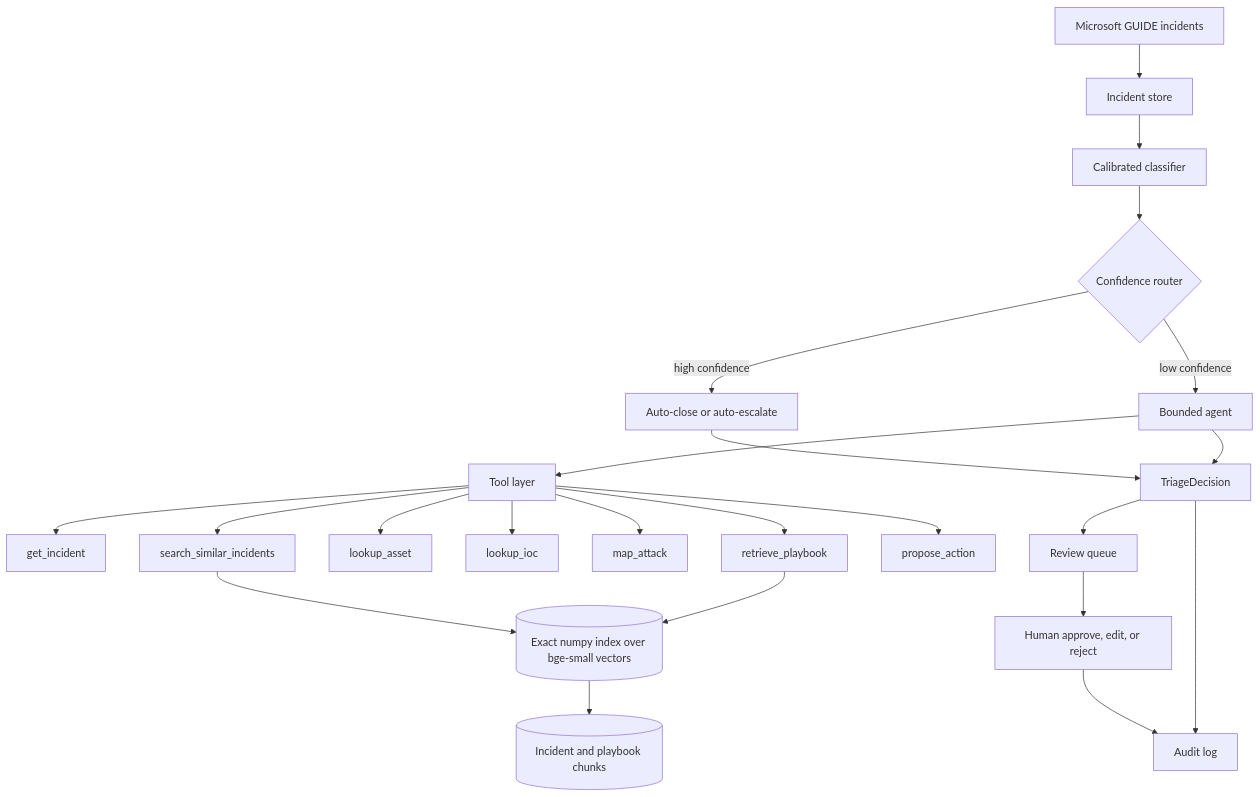
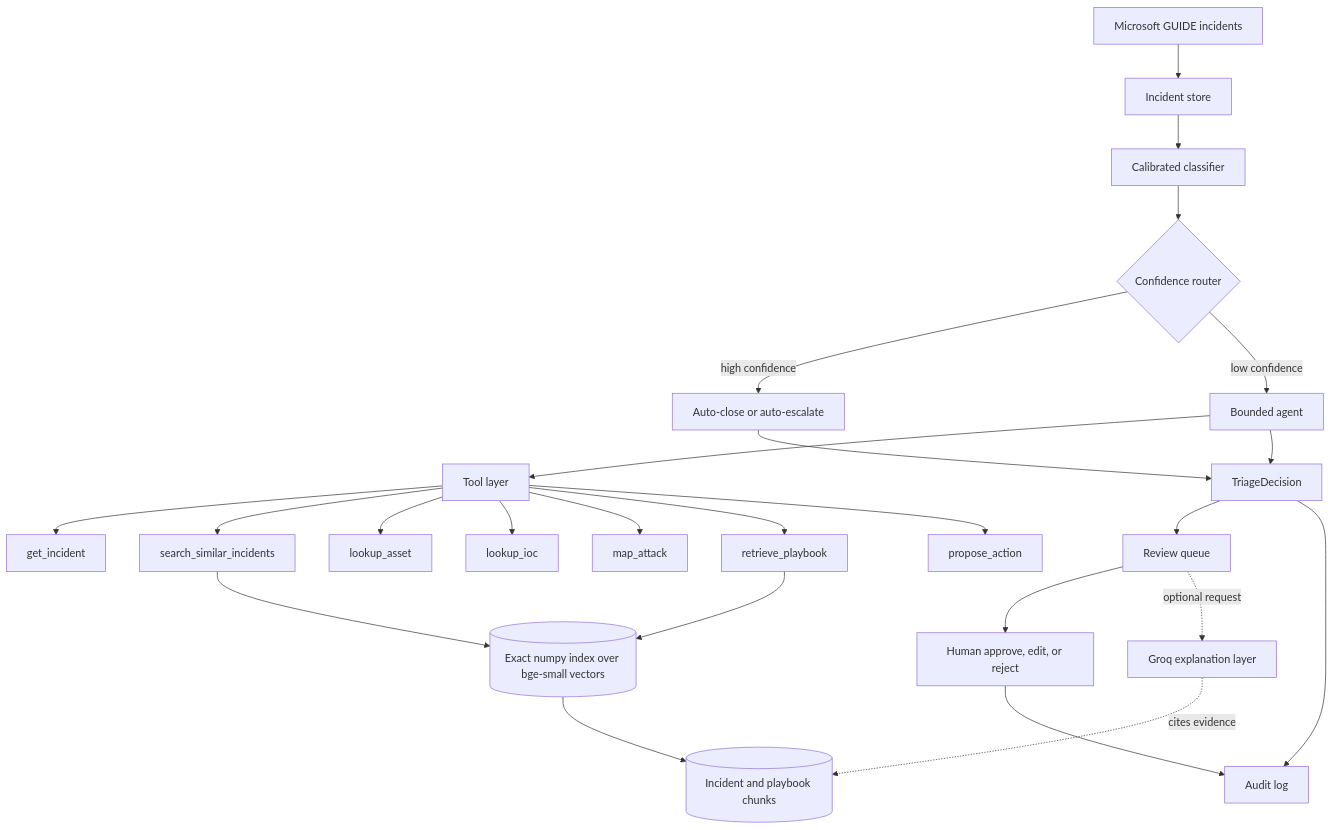
The diagram in README.md (DhanushPillay/TriageBudget), drawn with Mermaid before and after one commit. The commit also changed other lines of this file, not shown here.

Commit message:
Document AI explanation layer

````diff
--- a/README.md
+++ b/README.md
@@ -116,25 +121,27 @@
 ```mermaid
 flowchart TD
     A[Microsoft GUIDE incidents] --> B[Incident store]
     B --> C[Calibrated classifier]
     C --> D{Confidence router}
     D -->|high confidence| E[Auto-close or auto-escalate]
     D -->|low confidence| F[Bounded agent]
     F --> G[Tool layer]
     G --> G1[get_incident]
     G --> G2[search_similar_incidents]
     G --> G3[lookup_asset]
     G --> G4[lookup_ioc]
     G --> G5[map_attack]
     G --> G6[retrieve_playbook]
     G --> G7[propose_action]
     G2 --> V[(Exact numpy index over bge-small vectors)]
     G6 --> V
     V --> P[(Incident and playbook chunks)]
     F --> H[TriageDecision]
     E --> H
     H --> I[Review queue]
     H --> J[Audit log]
     I --> K[Human approve, edit, or reject]
     K --> J
+    I -. optional request .-> L[Groq explanation layer]
+    L -. cites evidence .-> P
 ```
````
